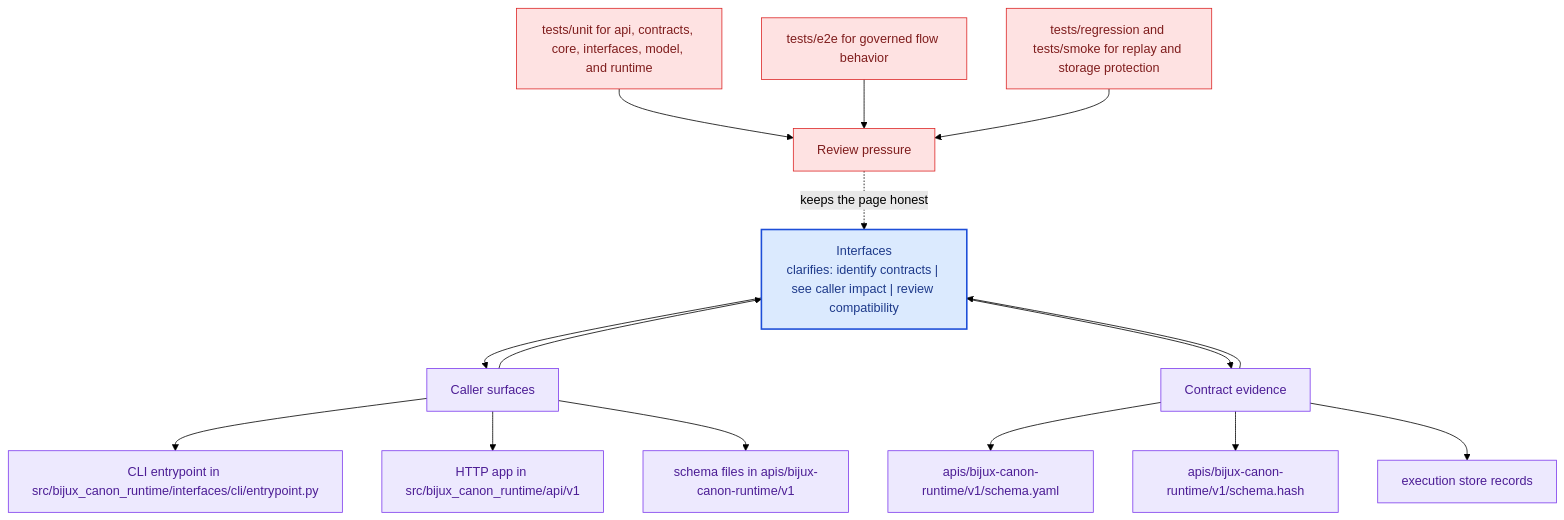
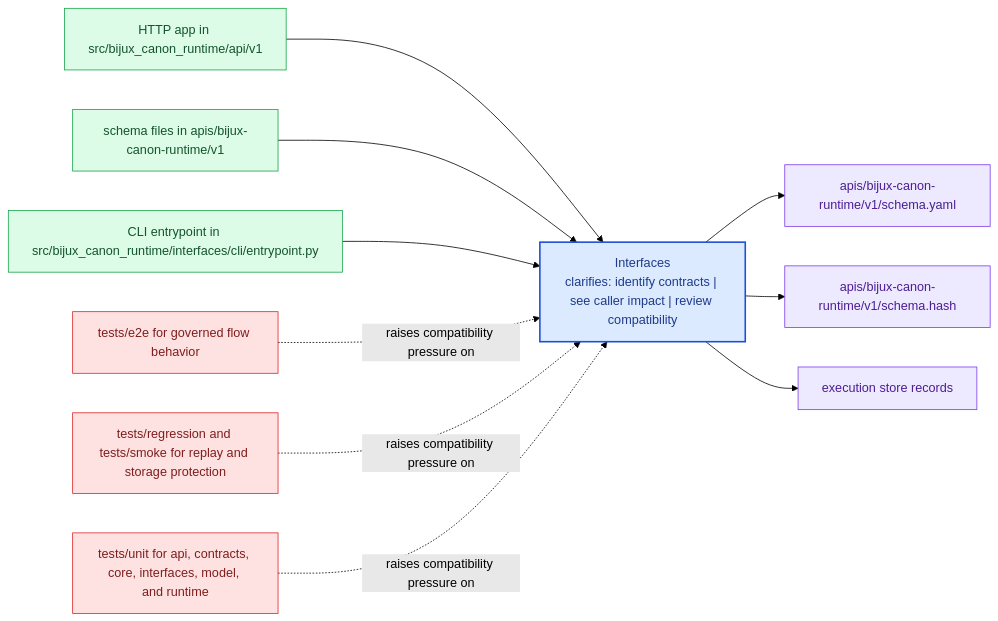
Before and after one commit to bijux/bijux-canon: the diagram in docs/bijux-canon-runtime/interfaces/index.md, drawn with Mermaid (forest theme). The commit also changed other lines of this file and 281 other files, not shown here.

Commit message:
docs(diagrams): replace repeated mermaid scaffolds with page-specific summaries

````diff
--- a/docs/bijux-canon-runtime/interfaces/index.md
+++ b/docs/bijux-canon-runtime/interfaces/index.md
@@ -65,41 +20,31 @@
 ```mermaid
-flowchart TB
-    promise["Interfaces<br/>clarifies: identify contracts | see caller impact | review compatibility"]
-    classDef promise fill:#dbeafe,stroke:#1d4ed8,color:#1e3a8a,stroke-width:2px;
-    classDef driver fill:#dcfce7,stroke:#16a34a,color:#14532d;
-    classDef constraint fill:#fee2e2,stroke:#dc2626,color:#7f1d1d;
-    classDef ground fill:#ede9fe,stroke:#7c3aed,color:#4c1d95;
-    focus1["Caller surfaces"]
-    focus1 --> promise
-    promise --> focus1
-    focus1_1["CLI entrypoint in src/bijux_canon_runtime/interfaces/cli/entrypoint.py"]
-    focus1 --> focus1_1
-    focus1_2["HTTP app in src/bijux_canon_runtime/api/v1"]
-    focus1 --> focus1_2
-    focus1_3["schema files in apis/bijux-canon-runtime/v1"]
-    focus1 --> focus1_3
-    class focus1 ground;
-    class focus1_1,focus1_2,focus1_3 ground;
-    focus2["Contract evidence"]
-    focus2 --> promise
-    promise --> focus2
-    focus2_1["apis/bijux-canon-runtime/v1/schema.yaml"]
-    focus2 --> focus2_1
-    focus2_2["apis/bijux-canon-runtime/v1/schema.hash"]
-    focus2 --> focus2_2
-    focus2_3["execution store records"]
-    focus2 --> focus2_3
-    class focus2 ground;
-    class focus2_1,focus2_2,focus2_3 ground;
-    focus3["Review pressure"]
-    focus3 -.keeps the page honest.-> promise
-    focus3_1["tests/unit for api, contracts, core, interfaces, model, and runtime"]
-    focus3_1 --> focus3
-    focus3_2["tests/e2e for governed flow behavior"]
-    focus3_2 --> focus3
-    focus3_3["tests/regression and tests/smoke for replay and storage protection"]
-    focus3_3 --> focus3
-    class focus3 constraint;
-    class focus3_1,focus3_2,focus3_3 constraint;
-    class promise promise;
+flowchart LR
+    page["Interfaces<br/>clarifies: identify contracts | see caller impact | review compatibility"]
+    classDef page fill:#dbeafe,stroke:#1d4ed8,color:#1e3a8a,stroke-width:2px;
+    classDef positive fill:#dcfce7,stroke:#16a34a,color:#14532d;
+    classDef caution fill:#fee2e2,stroke:#dc2626,color:#7f1d1d;
+    classDef anchor fill:#ede9fe,stroke:#7c3aed,color:#4c1d95;
+    classDef action fill:#fef3c7,stroke:#d97706,color:#7c2d12;
+    surface1["HTTP app in src/bijux_canon_runtime/api/v1"]
+    surface1 --> page
+    surface2["schema files in apis/bijux-canon-runtime/v1"]
+    surface2 --> page
+    surface3["CLI entrypoint in src/bijux_canon_runtime/interfaces/cli/entrypoint.py"]
+    surface3 --> page
+    proof1["apis/bijux-canon-runtime/v1/schema.yaml"]
+    page --> proof1
+    proof2["apis/bijux-canon-runtime/v1/schema.hash"]
+    page --> proof2
+    proof3["execution store records"]
+    page --> proof3
+    review1["tests/e2e for governed flow behavior"]
+    review1 -.raises compatibility pressure on.-> page
+    review2["tests/regression and tests/smoke for replay and storage protection"]
+    review2 -.raises compatibility pressure on.-> page
+    review3["tests/unit for api, contracts, core, interfaces, model, and runtime"]
+    review3 -.raises compatibility pressure on.-> page
+    class page page;
+    class surface1,surface2,surface3 positive;
+    class proof1,proof2,proof3 anchor;
+    class review1,review2,review3 caution;
 ```
````
